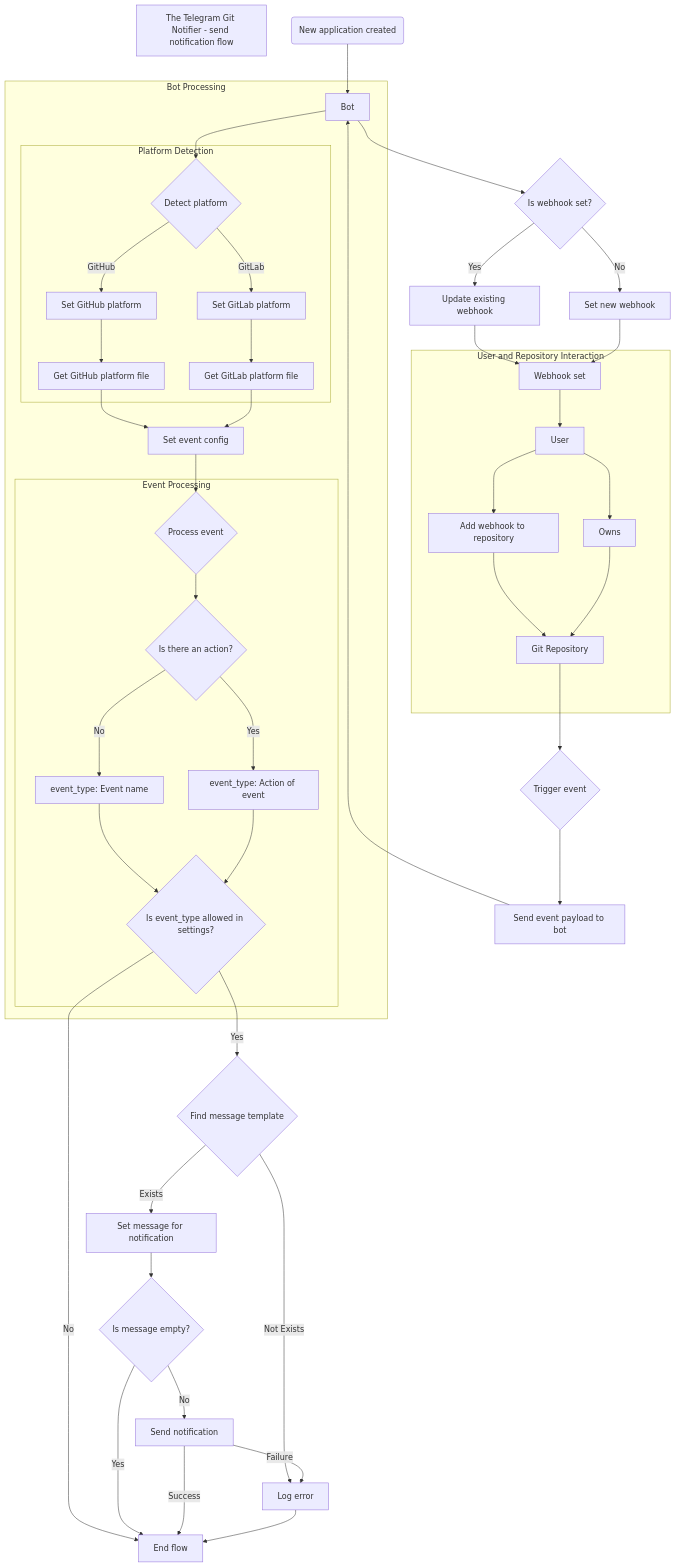
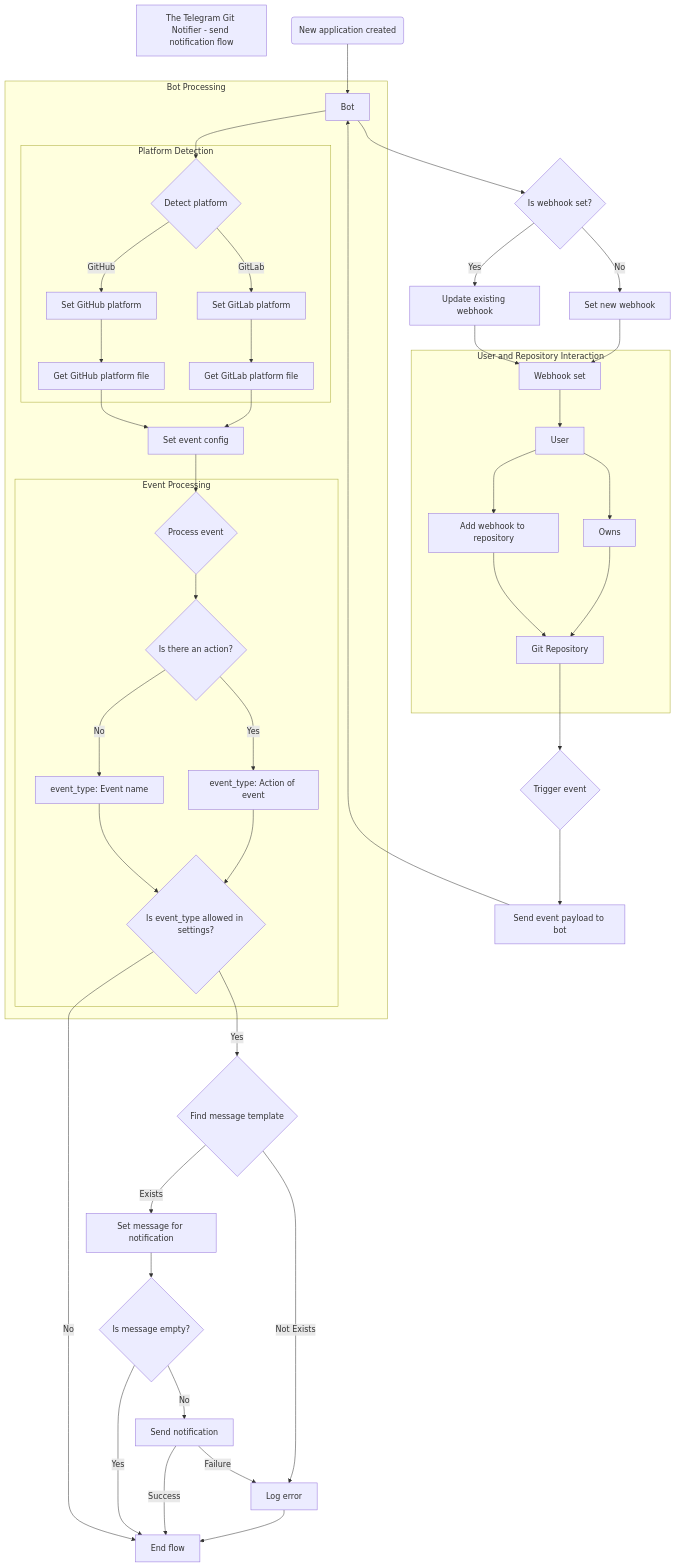
The second of 2 diagrams in docs/send-notification-flow.md (cslant/laravel-telegram-git-notifier), drawn with Mermaid before and after one commit. The commit also changed other lines of this file, not shown here.

Commit message:
fix: update the flow in flowchart docs

````diff
--- a/docs/send-notification-flow.md
+++ b/docs/send-notification-flow.md
@@ -118,58 +118,58 @@
 ```mermaid
 flowchart TD
     title[The Telegram Git Notifier - send notification flow]
     application(New application created)
     application --> bot[Bot created]
     bot[Bot]
     bot --> webhookCheck{Is webhook set?}
     webhookCheck -->|No| setNewWebhook[Set new webhook]
     webhookCheck -->|Yes| updateWebhook[Update existing webhook]
     updateWebhook --> webhook[Webhook updated]
     setNewWebhook --> webhook[Webhook set]
 
     subgraph "User and Repository Interaction"
         webhook --> user[User]
         user --> addWebhookToRepo[Add webhook to repository]
         addWebhookToRepo --> repository[Git Repository]
         user --> ownsRepo[Owns]
         ownsRepo --> repository
     end
 
     repository --> triggerEvent{Trigger event}
     triggerEvent --> sendPayload[Send event payload to bot]
     sendPayload --> bot
 
     subgraph "Bot Processing"
         bot --> detectPlatform{Detect platform}
 
         subgraph "Platform Detection"
             detectPlatform -->|GitHub| setGithubPlatform[Set GitHub platform]
             detectPlatform -->|GitLab| setGitlabPlatform[Set GitLab platform]
             setGithubPlatform --> getGithubPlatformFile[Get GitHub platform file]
             setGitlabPlatform --> getGitlabPlatformFile[Get GitLab platform file]
         end
 
         getGithubPlatformFile --> setEventConfig[Set event config]
         getGitlabPlatformFile --> setEventConfig[Set event config]
         setEventConfig --> processEvent{Process event}
 
         subgraph "Event Processing"
             processEvent --> checkAction{Is there an action?}
             checkAction -->|Yes| actionMessage[event_type: Action of event]
             checkAction -->|No| eventNameMessage[event_type: Event name]
             eventNameMessage --> checkSettings{Is event_type allowed in settings?}
             actionMessage --> checkSettings
         end
     end
 
     checkSettings -->|Yes| findTemplate{Find message template}
     checkSettings -->|No| endFlow[End flow]
     findTemplate -->|Exists| setMessage[Set message for notification]
+    sendNotification -->|Failure| log[Log error]
     findTemplate -->|Not Exists| log[Log error]
     setMessage --> checkMessage{Is message empty?}
     checkMessage -->|Yes| endFlow[End flow]
     checkMessage -->|No| sendNotification[Send notification]
     sendNotification -->|Success| endFlow[End flow]
-    sendNotification -->|Failure| log[Log error]
     log --> endFlow
 ```
````
